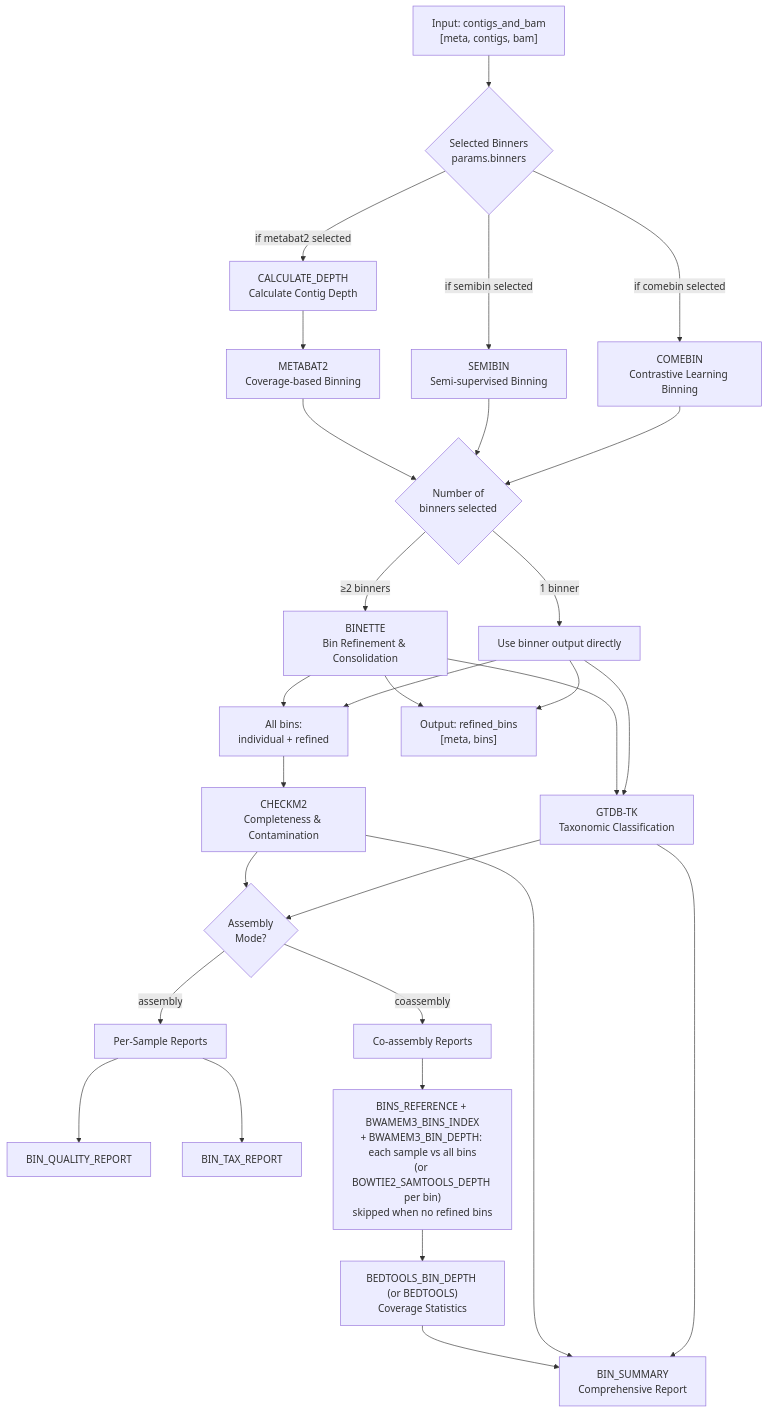
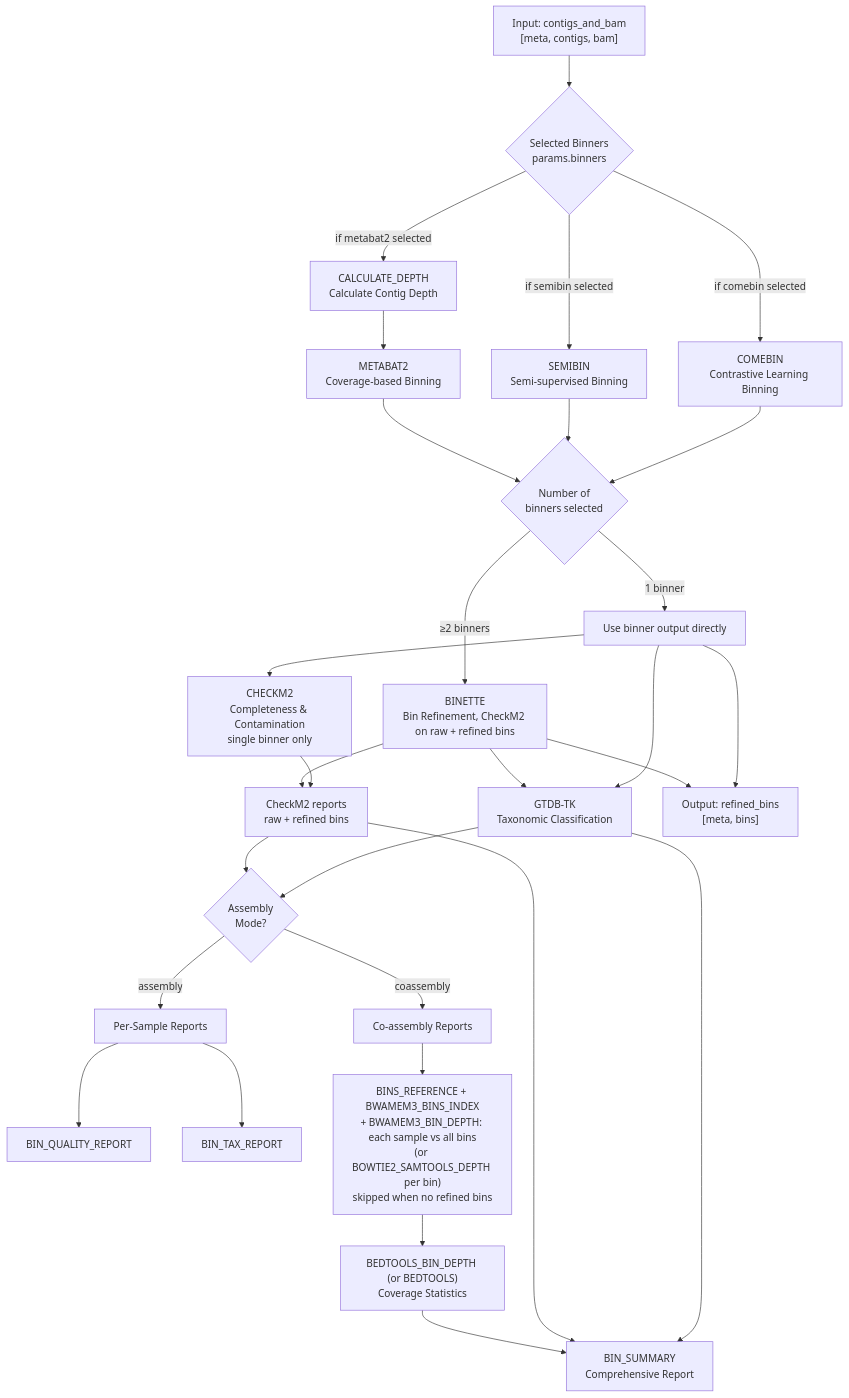
The seventh of 8 diagrams in docs/WORKFLOW_DIAGRAM.md (gene2dis/BugBuster), drawn with Mermaid before and after one commit. The commit also changed other lines of this file and 13 other files, not shown here.

First line of the commit message:
feat(binning): take CheckM2 quality from Binette when bins are refined

````diff
--- a/docs/WORKFLOW_DIAGRAM.md
+++ b/docs/WORKFLOW_DIAGRAM.md
@@ -248,44 +248,44 @@
 ```mermaid
 flowchart TD
     Input["Input: contigs_and_bam<br/>[meta, contigs, bam]"] --> BinnerSelect{Selected Binners<br/>params.binners}
 
     BinnerSelect -->|if metabat2 selected| CalcDepth[CALCULATE_DEPTH<br/>Calculate Contig Depth]
     CalcDepth --> MetaBAT[METABAT2<br/>Coverage-based Binning]
 
     BinnerSelect -->|if semibin selected| SemiBin[SEMIBIN<br/>Semi-supervised Binning]
     BinnerSelect -->|if comebin selected| COMEBin[COMEBIN<br/>Contrastive Learning Binning]
 
     %% Conditional Binette
     MetaBAT --> BinCount{Number of<br/>binners selected}
     SemiBin --> BinCount
     COMEBin --> BinCount
 
-    BinCount -->|≥2 binners| Binette[BINETTE<br/>Bin Refinement & Consolidation]
+    BinCount -->|≥2 binners| Binette[BINETTE<br/>Bin Refinement, CheckM2 on raw + refined bins]
     BinCount -->|1 binner| DirectOut[Use binner output directly]
 
     %% Quality and Taxonomy
-    Binette --> AllBins[All bins:<br/>individual + refined]
-    DirectOut --> AllBins
-    AllBins --> CheckM[CHECKM2<br/>Completeness & Contamination]
+    DirectOut --> CheckM[CHECKM2<br/>Completeness & Contamination<br/>single binner only]
+    Binette --> Quality[CheckM2 reports<br/>raw + refined bins]
+    CheckM --> Quality
     Binette --> GTDBTK[GTDB-TK<br/>Taxonomic Classification]
     DirectOut --> GTDBTK
 
     %% Mode-specific reporting
-    CheckM --> ModeCheck{Assembly<br/>Mode?}
+    Quality --> ModeCheck{Assembly<br/>Mode?}
     GTDBTK --> ModeCheck
 
     ModeCheck -->|assembly| AssemblyReports[Per-Sample Reports]
     AssemblyReports --> QualReport[BIN_QUALITY_REPORT]
     AssemblyReports --> TaxReport[BIN_TAX_REPORT]
 
     ModeCheck -->|coassembly| CoassemblyReports[Co-assembly Reports]
     CoassemblyReports --> BinCov["BINS_REFERENCE + BWAMEM3_BINS_INDEX<br/>+ BWAMEM3_BIN_DEPTH: each sample vs all bins<br/>(or BOWTIE2_SAMTOOLS_DEPTH per bin)<br/>skipped when no refined bins"]
     BinCov --> Bedtools["BEDTOOLS_BIN_DEPTH (or BEDTOOLS)<br/>Coverage Statistics"]
     Bedtools --> Summary[BIN_SUMMARY<br/>Comprehensive Report]
-    CheckM --> Summary
+    Quality --> Summary
     GTDBTK --> Summary
 
     %% Output
     Binette --> Output["Output: refined_bins<br/>[meta, bins]"]
     DirectOut --> Output
 ```
````
